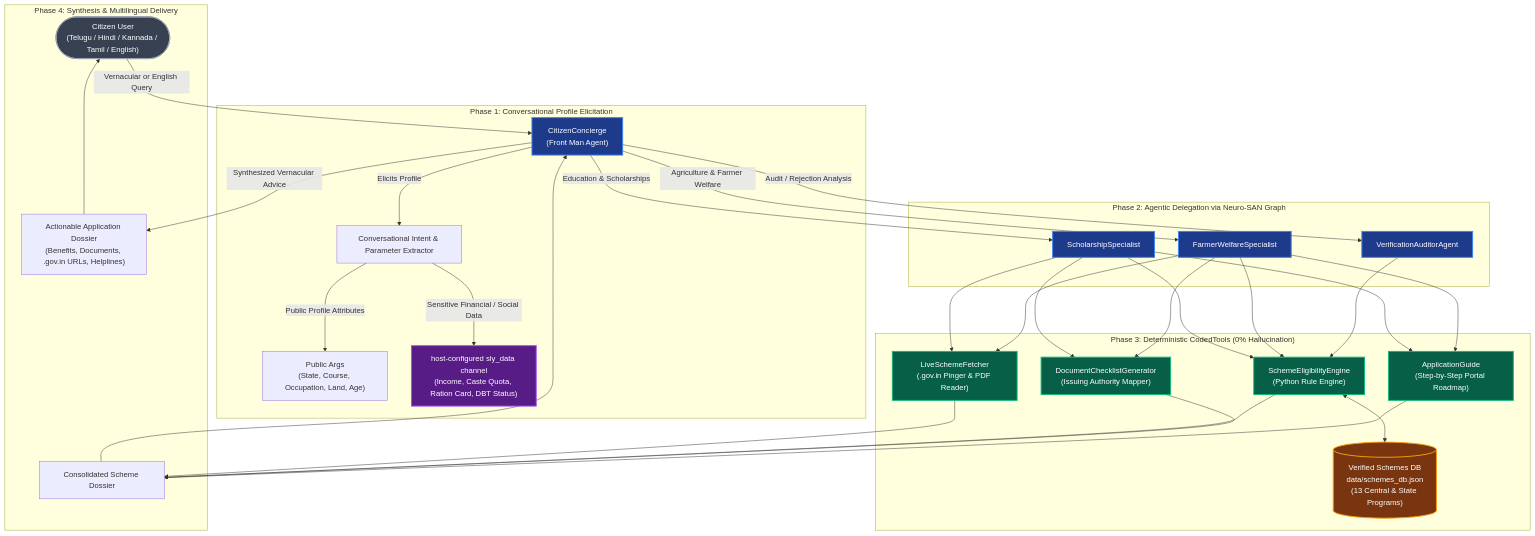
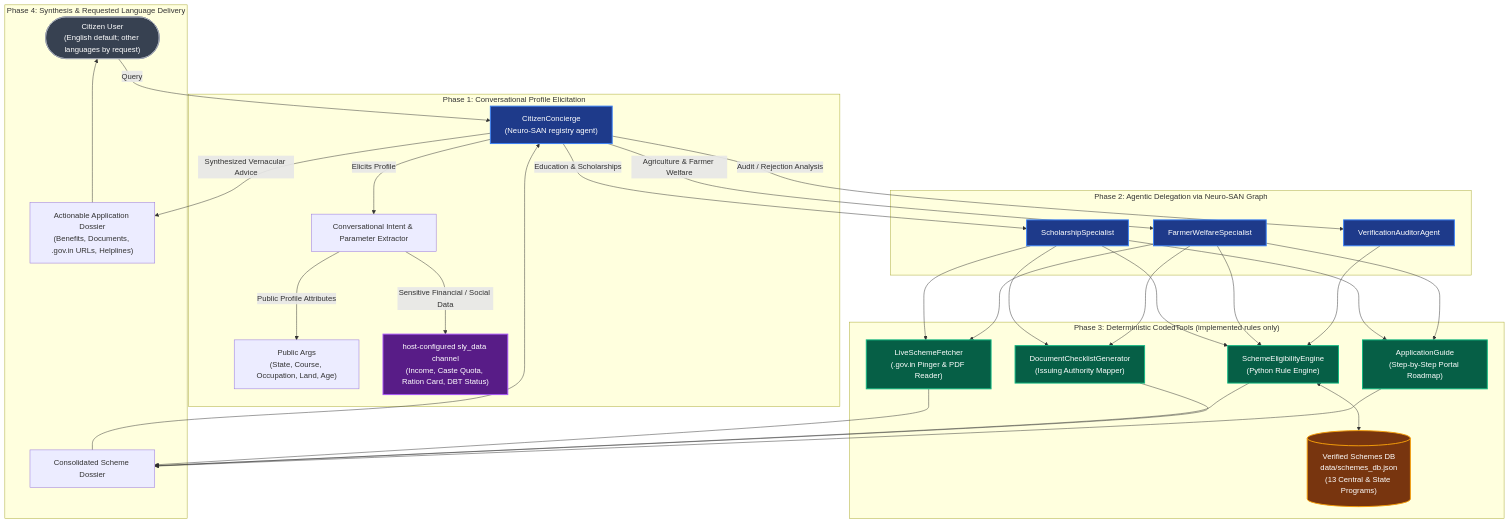
The first of 5 diagrams in architecture.md (ad23b1012/cognizant-ai-lab), drawn with Mermaid before and after one commit. The commit also changed other lines of this file and 5 other files, not shown here.

````diff
--- a/architecture.md
+++ b/architecture.md
@@ -40,56 +42,56 @@
 ```mermaid
 flowchart TD
-    User(["Citizen User\n(Telugu / Hindi / Kannada / Tamil / English)"]) -->|Vernacular or English Query| Concierge["CitizenConcierge\n(Front Man Agent)"]
+    User(["Citizen User\n(English default; other languages by request)"]) -->|Query| Concierge["CitizenConcierge\n(Neuro-SAN registry agent)"]
     
     subgraph Elicitation ["Phase 1: Conversational Profile Elicitation"]
         Concierge -->|Elicits Profile| ProfileParser["Conversational Intent & Parameter Extractor"]
         ProfileParser -->|Public Profile Attributes| PublicArgs["Public Args\n(State, Course, Occupation, Land, Age)"]
         ProfileParser -->|Sensitive Financial / Social Data| SlyDataVault["host-configured sly_data channel\n(Income, Caste Quota, Ration Card, DBT Status)"]
     end
 
     subgraph AgenticRouting ["Phase 2: Agentic Delegation via Neuro-SAN Graph"]
         Concierge -->|Education & Scholarships| ScholarAgent["ScholarshipSpecialist"]
         Concierge -->|Agriculture & Farmer Welfare| FarmerAgent["FarmerWelfareSpecialist"]
         Concierge -->|Audit / Rejection Analysis| AuditorAgent["VerificationAuditorAgent"]
     end
 
-    subgraph DeterministicExecution ["Phase 3: Deterministic CodedTools (0% Hallucination)"]
+    subgraph DeterministicExecution ["Phase 3: Deterministic CodedTools (implemented rules only)"]
         ScholarAgent --> CodedEngine["SchemeEligibilityEngine\n(Python Rule Engine)"]
         FarmerAgent --> CodedEngine
         AuditorAgent --> CodedEngine
         
         ScholarAgent --> LiveFetch["LiveSchemeFetcher\n(.gov.in Pinger & PDF Reader)"]
         FarmerAgent --> LiveFetch
         
         ScholarAgent --> DocGen["DocumentChecklistGenerator\n(Issuing Authority Mapper)"]
         FarmerAgent --> DocGen
         
         ScholarAgent --> AppGuide["ApplicationGuide\n(Step-by-Step Portal Roadmap)"]
         FarmerAgent --> AppGuide
         
         CodedEngine <--> VerifiedDB[("Verified Schemes DB\ndata/schemes_db.json\n(13 Central & State Programs)")]
     end
 
-    subgraph Synthesis ["Phase 4: Synthesis & Multilingual Delivery"]
+    subgraph Synthesis ["Phase 4: Synthesis & Requested Language Delivery"]
         LiveFetch --> VerifiedOutput["Consolidated Scheme Dossier"]
         CodedEngine --> VerifiedOutput
         DocGen --> VerifiedOutput
         AppGuide --> VerifiedOutput
         
         VerifiedOutput --> Concierge
         Concierge -->|Synthesized Vernacular Advice| FinalResponse["Actionable Application Dossier\n(Benefits, Documents, .gov.in URLs, Helplines)"]
         FinalResponse --> User
     end
 
     classDef agent fill:#1e3a8a,stroke:#3b82f6,stroke-width:2px,color:#ffffff;
     classDef tool fill:#065f46,stroke:#10b981,stroke-width:2px,color:#ffffff;
     classDef privacy fill:#581c87,stroke:#a855f7,stroke-width:2px,color:#ffffff;
     classDef data fill:#78350f,stroke:#f59e0b,stroke-width:2px,color:#ffffff;
     classDef user fill:#374151,stroke:#9ca3af,stroke-width:2px,color:#ffffff;
 
     class Concierge,ScholarAgent,FarmerAgent,AuditorAgent agent;
     class CodedEngine,LiveFetch,DocGen,AppGuide tool;
     class SlyDataVault privacy;
     class VerifiedDB data;
     class User user;
 ```
````
